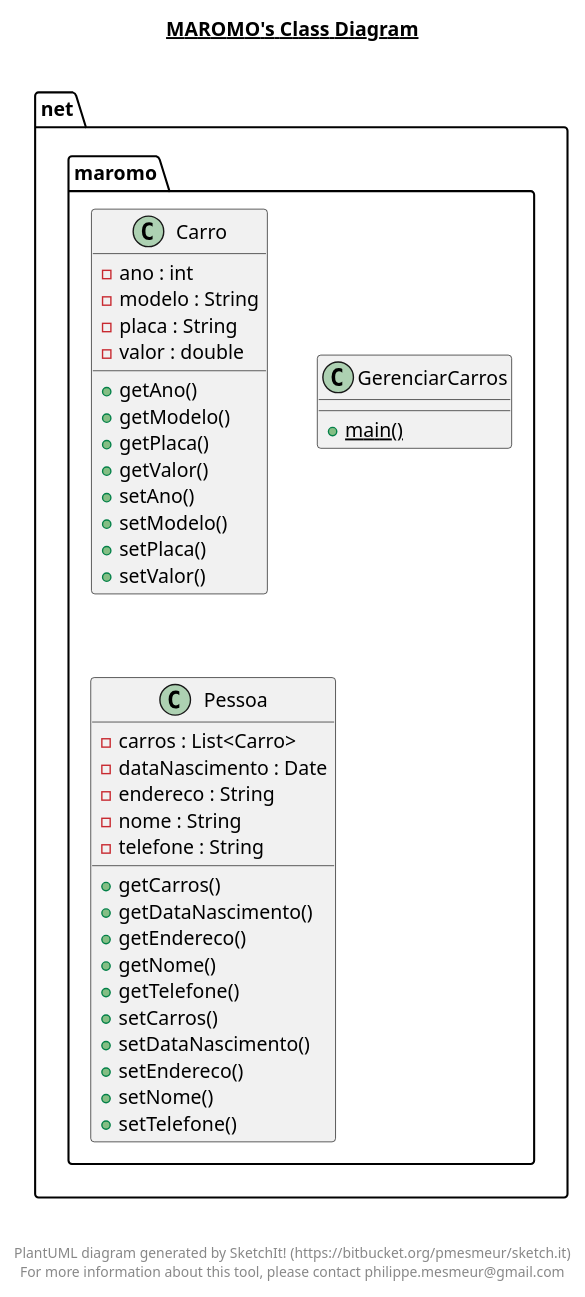
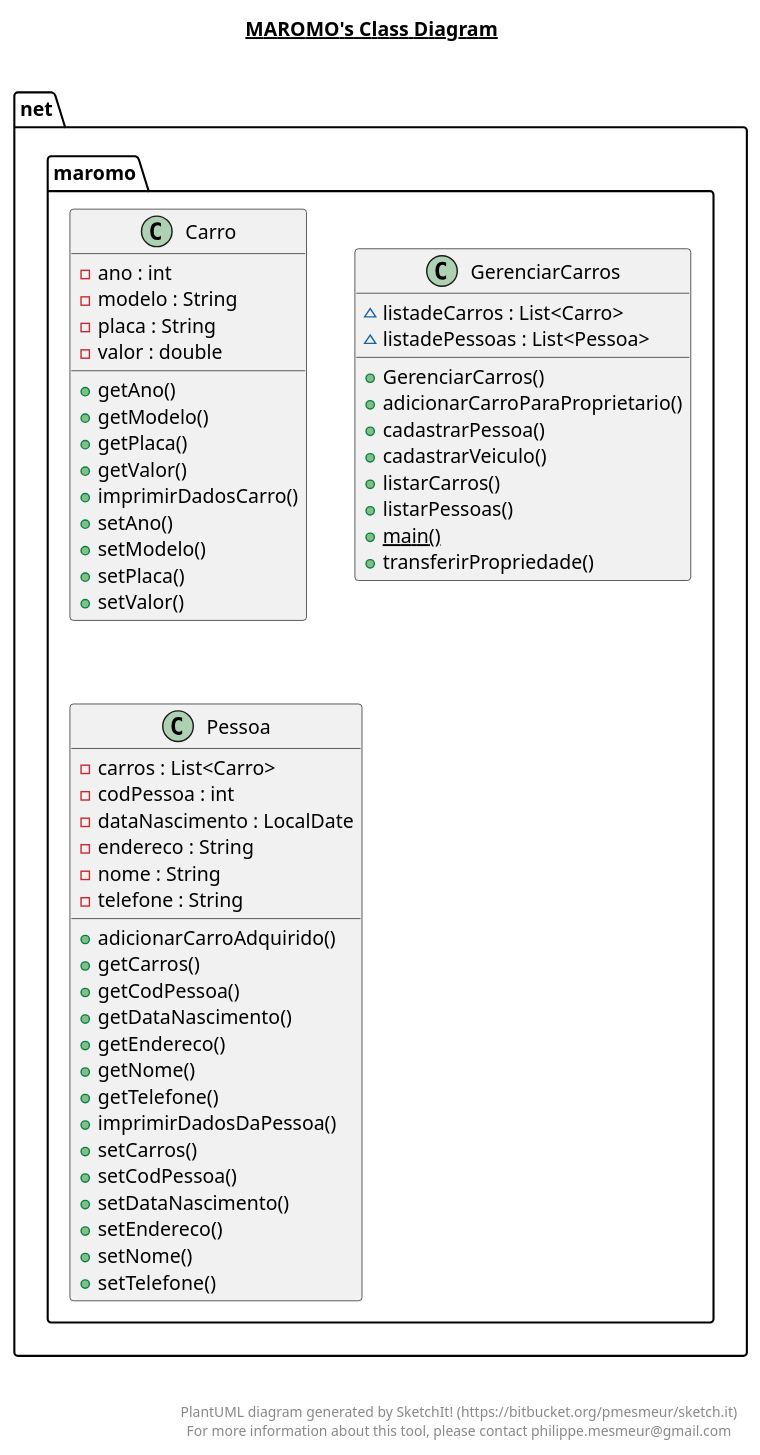
Before and after one commit to maromo71/2emdes: the diagram in ProjetoAssociacao/out/production/ProjetoAssociacao/net/maromo/maromo.plantuml, drawn with PlantUML. The commit also changed 22 other files, not shown here.

```diff
--- a/ProjetoAssociacao/out/production/ProjetoAssociacao/net/maromo/maromo.plantuml
+++ b/ProjetoAssociacao/out/production/ProjetoAssociacao/net/maromo/maromo.plantuml
@@ -1,60 +1,75 @@
 @startuml
 
 title __MAROMO's Class Diagram__\n
 
   namespace net.maromo {
     class net.maromo.Carro {
         - ano : int
         - modelo : String
         - placa : String
         - valor : double
         + getAno()
         + getModelo()
         + getPlaca()
         + getValor()
+        + imprimirDadosCarro()
         + setAno()
         + setModelo()
         + setPlaca()
         + setValor()
     }
   }
   
 
   namespace net.maromo {
     class net.maromo.GerenciarCarros {
+        ~ listadeCarros : List<Carro>
+        ~ listadePessoas : List<Pessoa>
+        + GerenciarCarros()
+        + adicionarCarroParaProprietario()
+        + cadastrarPessoa()
+        + cadastrarVeiculo()
+        + listarCarros()
+        + listarPessoas()
         {static} + main()
+        + transferirPropriedade()
     }
   }
   
 
   namespace net.maromo {
     class net.maromo.Pessoa {
         - carros : List<Carro>
-        - dataNascimento : Date
+        - codPessoa : int
+        - dataNascimento : LocalDate
         - endereco : String
         - nome : String
         - telefone : String
+        + adicionarCarroAdquirido()
         + getCarros()
+        + getCodPessoa()
         + getDataNascimento()
         + getEndereco()
         + getNome()
         + getTelefone()
+        + imprimirDadosDaPessoa()
         + setCarros()
+        + setCodPessoa()
         + setDataNascimento()
         + setEndereco()
         + setNome()
         + setTelefone()
     }
   }
   
 
 
 
 right footer
 
 
 PlantUML diagram generated by SketchIt! (https://bitbucket.org/pmesmeur/sketch.it)
 For more information about this tool, please contact philippe.mesmeur@gmail.com
 endfooter
 
 @enduml
```
